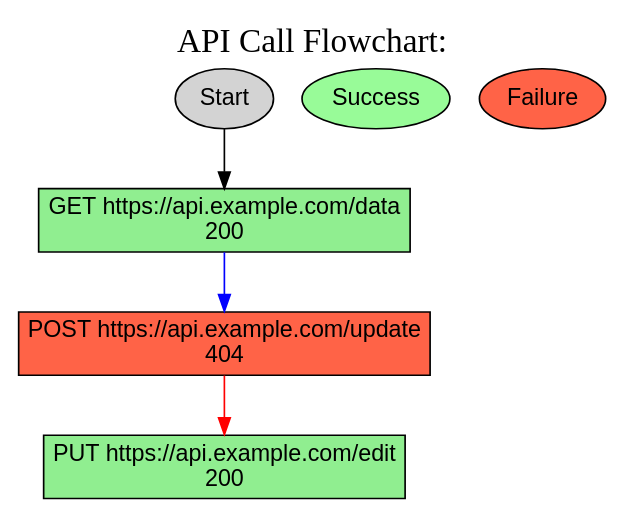
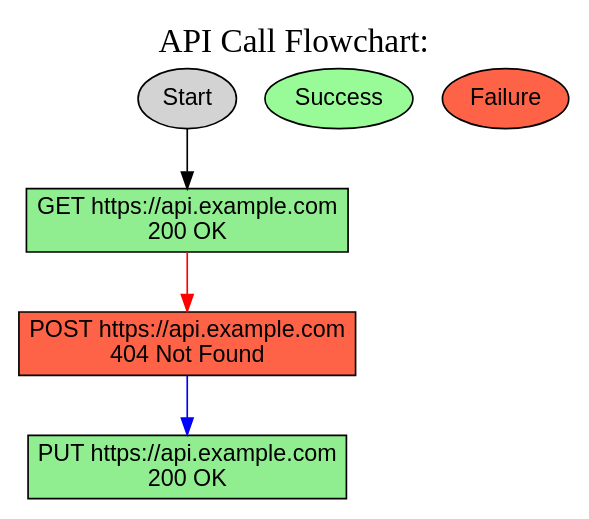
One commit to VrushankiPatel/EazyViz changed the diagram in api-flow.dot. Above: the diagram before and after it, drawn with Graphviz. The commit also changed 5 other files, not shown here.

```diff
--- a/api-flow.dot
+++ b/api-flow.dot
@@ -1,34 +1,30 @@
 digraph APIFlowchart {
             // Global settings for appearance
             node [shape=box, style="filled", fontname="Arial"];
             edge [fontname="Arial"];
             // Start of the API flow
             start [label="Start", shape=oval, fillcolor="#D3D3D3"];
         
             // API Call Nodes
-            "GET https://api.example.com/data" [label="GET https://api.example.com/data
-200", shape=box, fillcolor="#90EE90"];
-            "POST https://api.example.com/update" [label="POST https://api.example.com/update
-404", shape=box, fillcolor="#FF6347"];
-            "PUT https://api.example.com/edit" [label="PUT https://api.example.com/edit
-200", shape=box, fillcolor="#90EE90"];
+            "GET https://api.example.com" [label="GET https://api.example.com\n200 OK", shape=box, fillcolor="#90EE90"];
+            "POST https://api.example.com" [label="POST https://api.example.com\n404 Not Found", shape=box, fillcolor="#FF6347"];
+            "PUT https://api.example.com" [label="PUT https://api.example.com\n200 OK", shape=box, fillcolor="#90EE90"];
         
             // Outcome Status Nodes
             success [label="Success", shape=ellipse, fillcolor="#98FB98"];
             failure [label="Failure", shape=ellipse, fillcolor="#FF6347"];
         
             // Flow and Decisions
-            start -> "GET https://api.example.com/data"
-            "GET https://api.example.com/data" -> "POST https://api.example.com/update" [color="blue"];
-            "POST https://api.example.com/update" -> "PUT https://api.example.com/edit" [color="red"];
-            
+            start -> "GET https://api.example.com";
+            "GET https://api.example.com" -> "POST https://api.example.com" [color="red"];
+            "POST https://api.example.com" -> "PUT https://api.example.com" [color="blue"];
         
             // Actual Outcomes as per CSV data (highlighted path)
-            "GET https://api.example.com/data"  ;
-            "POST https://api.example.com/update"  ;
+            "GET https://api.example.com"  ;
+            "POST https://api.example.com"  ;
         
             // Customizing the appearance
             label="API Call Flowchart:";
             fontsize=20;
             labelloc="t";
         }
```
